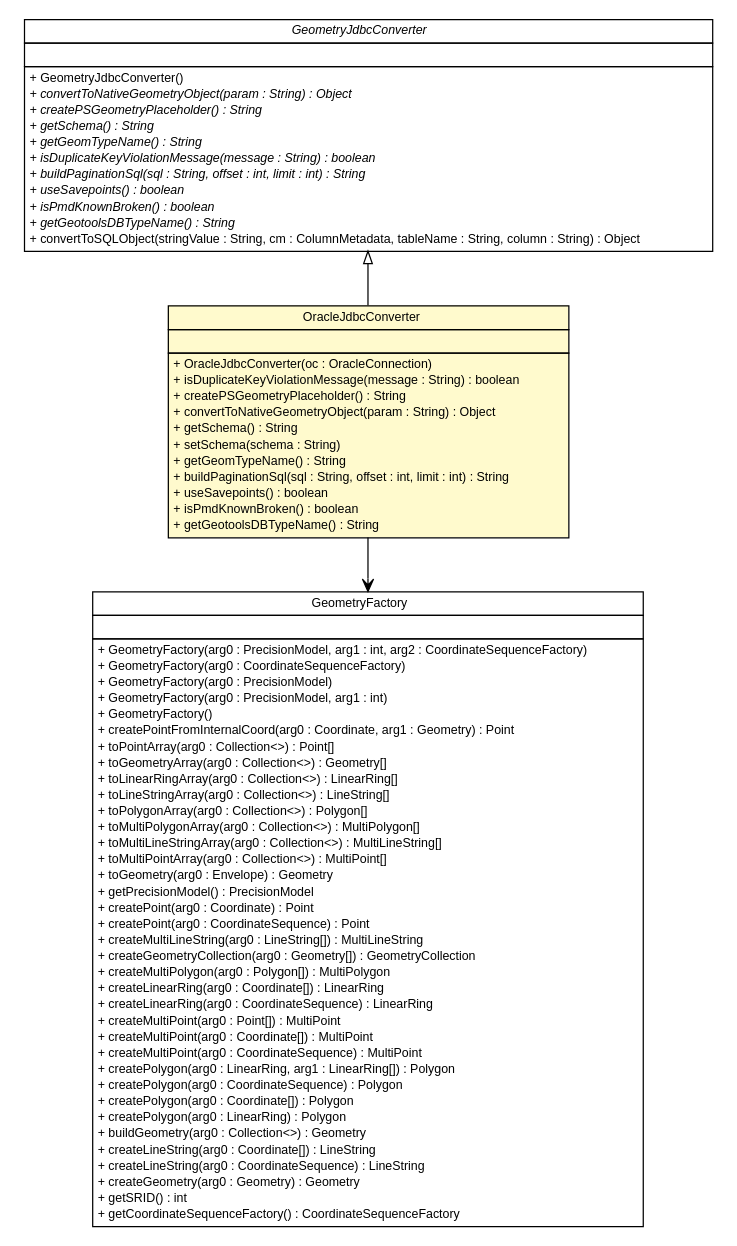
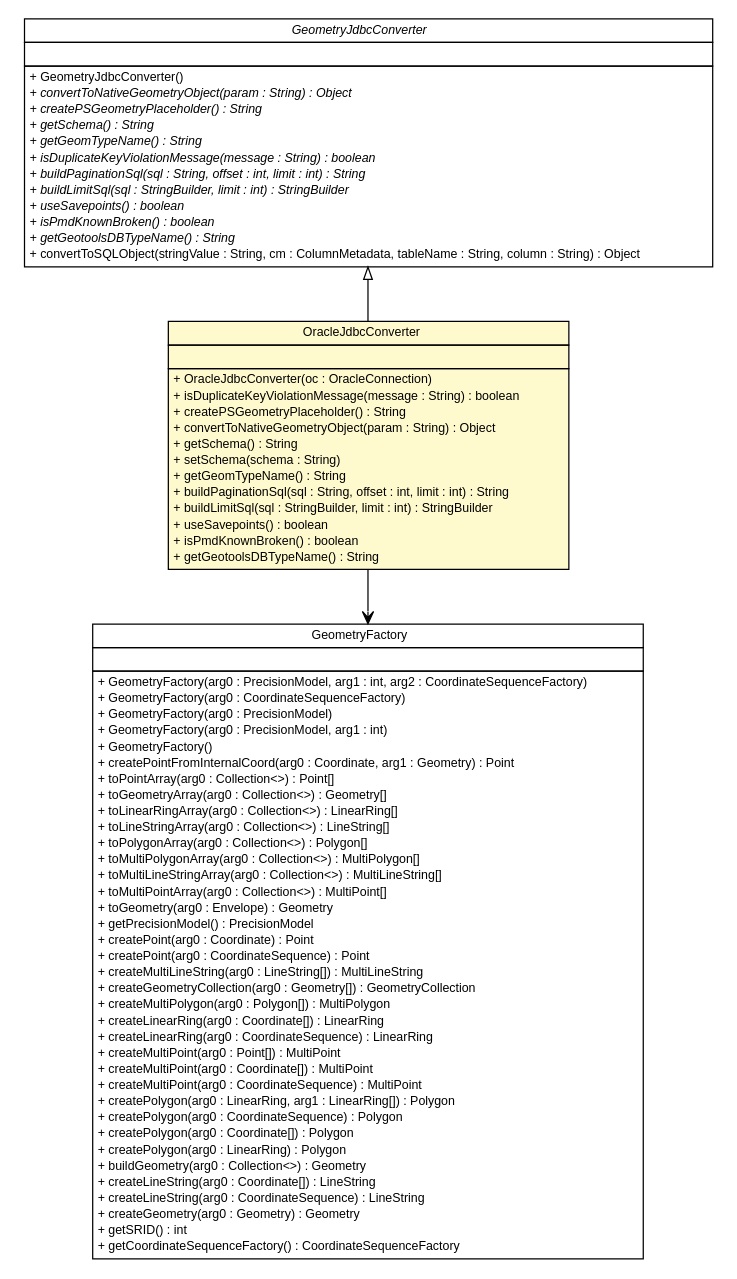
Before and after one commit to B3Partners/brmo: the diagram in brmo-loader/apidocs/nl/b3p/brmo/loader/jdbc/OracleJdbcConverter.dot, drawn with Graphviz. The commit also changed 374 other files, not shown here.

```diff
--- a/brmo-loader/apidocs/nl/b3p/brmo/loader/jdbc/OracleJdbcConverter.dot
+++ b/brmo-loader/apidocs/nl/b3p/brmo/loader/jdbc/OracleJdbcConverter.dot
@@ -1,107 +1,109 @@
 #!/usr/local/bin/dot
 #
 # Class diagram 
 # Generated by UMLGraph version R5_6-24-gf6e263 (http://www.umlgraph.org/)
 #
 
 digraph G {
 	edge [fontname="Helvetica",fontsize=10,labelfontname="Helvetica",labelfontsize=10];
 	node [fontname="Helvetica",fontsize=10,shape=plaintext];
 	nodesep=0.25;
 	ranksep=0.5;
 	// nl.b3p.brmo.loader.jdbc.OracleJdbcConverter
 	c2248 [label=<<table title="nl.b3p.brmo.loader.jdbc.OracleJdbcConverter" border="0" cellborder="1" cellspacing="0" cellpadding="2" port="p" bgcolor="lemonChiffon" href="./OracleJdbcConverter.html">
 		<tr><td><table border="0" cellspacing="0" cellpadding="1">
 <tr><td align="center" balign="center"> OracleJdbcConverter </td></tr>
 		</table></td></tr>
 		<tr><td><table border="0" cellspacing="0" cellpadding="1">
 <tr><td align="left" balign="left">  </td></tr>
 		</table></td></tr>
 		<tr><td><table border="0" cellspacing="0" cellpadding="1">
 <tr><td align="left" balign="left"> + OracleJdbcConverter(oc : OracleConnection) </td></tr>
 <tr><td align="left" balign="left"> + isDuplicateKeyViolationMessage(message : String) : boolean </td></tr>
 <tr><td align="left" balign="left"> + createPSGeometryPlaceholder() : String </td></tr>
 <tr><td align="left" balign="left"> + convertToNativeGeometryObject(param : String) : Object </td></tr>
 <tr><td align="left" balign="left"> + getSchema() : String </td></tr>
 <tr><td align="left" balign="left"> + setSchema(schema : String) </td></tr>
 <tr><td align="left" balign="left"> + getGeomTypeName() : String </td></tr>
 <tr><td align="left" balign="left"> + buildPaginationSql(sql : String, offset : int, limit : int) : String </td></tr>
+<tr><td align="left" balign="left"> + buildLimitSql(sql : StringBuilder, limit : int) : StringBuilder </td></tr>
 <tr><td align="left" balign="left"> + useSavepoints() : boolean </td></tr>
 <tr><td align="left" balign="left"> + isPmdKnownBroken() : boolean </td></tr>
 <tr><td align="left" balign="left"> + getGeotoolsDBTypeName() : String </td></tr>
 		</table></td></tr>
 		</table>>, URL="./OracleJdbcConverter.html", fontname="Helvetica", fontcolor="black", fontsize=10.0];
 	// nl.b3p.brmo.loader.jdbc.GeometryJdbcConverter
 	c2249 [label=<<table title="nl.b3p.brmo.loader.jdbc.GeometryJdbcConverter" border="0" cellborder="1" cellspacing="0" cellpadding="2" port="p" href="./GeometryJdbcConverter.html">
 		<tr><td><table border="0" cellspacing="0" cellpadding="1">
 <tr><td align="center" balign="center"><font face="Helvetica-Oblique"> GeometryJdbcConverter </font></td></tr>
 		</table></td></tr>
 		<tr><td><table border="0" cellspacing="0" cellpadding="1">
 <tr><td align="left" balign="left">  </td></tr>
 		</table></td></tr>
 		<tr><td><table border="0" cellspacing="0" cellpadding="1">
 <tr><td align="left" balign="left"> + GeometryJdbcConverter() </td></tr>
 <tr><td align="left" balign="left"><font face="Helvetica-Oblique" point-size="10.0"> + convertToNativeGeometryObject(param : String) : Object </font></td></tr>
 <tr><td align="left" balign="left"><font face="Helvetica-Oblique" point-size="10.0"> + createPSGeometryPlaceholder() : String </font></td></tr>
 <tr><td align="left" balign="left"><font face="Helvetica-Oblique" point-size="10.0"> + getSchema() : String </font></td></tr>
 <tr><td align="left" balign="left"><font face="Helvetica-Oblique" point-size="10.0"> + getGeomTypeName() : String </font></td></tr>
 <tr><td align="left" balign="left"><font face="Helvetica-Oblique" point-size="10.0"> + isDuplicateKeyViolationMessage(message : String) : boolean </font></td></tr>
 <tr><td align="left" balign="left"><font face="Helvetica-Oblique" point-size="10.0"> + buildPaginationSql(sql : String, offset : int, limit : int) : String </font></td></tr>
+<tr><td align="left" balign="left"><font face="Helvetica-Oblique" point-size="10.0"> + buildLimitSql(sql : StringBuilder, limit : int) : StringBuilder </font></td></tr>
 <tr><td align="left" balign="left"><font face="Helvetica-Oblique" point-size="10.0"> + useSavepoints() : boolean </font></td></tr>
 <tr><td align="left" balign="left"><font face="Helvetica-Oblique" point-size="10.0"> + isPmdKnownBroken() : boolean </font></td></tr>
 <tr><td align="left" balign="left"><font face="Helvetica-Oblique" point-size="10.0"> + getGeotoolsDBTypeName() : String </font></td></tr>
 <tr><td align="left" balign="left"> + convertToSQLObject(stringValue : String, cm : ColumnMetadata, tableName : String, column : String) : Object </td></tr>
 		</table></td></tr>
 		</table>>, URL="./GeometryJdbcConverter.html", fontname="Helvetica", fontcolor="black", fontsize=10.0];
 	//nl.b3p.brmo.loader.jdbc.OracleJdbcConverter extends nl.b3p.brmo.loader.jdbc.GeometryJdbcConverter
 	c2249:p -> c2248:p [dir=back,arrowtail=empty];
 	// nl.b3p.brmo.loader.jdbc.OracleJdbcConverter NAVASSOC com.vividsolutions.jts.geom.GeometryFactory
 	c2248:p -> c2258:p [taillabel="", label="", headlabel="", fontname="Helvetica", fontcolor="black", fontsize=10.0, color="black", arrowhead=open];
 	// com.vividsolutions.jts.geom.GeometryFactory
 	c2258 [label=<<table title="com.vividsolutions.jts.geom.GeometryFactory" border="0" cellborder="1" cellspacing="0" cellpadding="2" port="p">
 		<tr><td><table border="0" cellspacing="0" cellpadding="1">
 <tr><td align="center" balign="center"> GeometryFactory </td></tr>
 		</table></td></tr>
 		<tr><td><table border="0" cellspacing="0" cellpadding="1">
 <tr><td align="left" balign="left">  </td></tr>
 		</table></td></tr>
 		<tr><td><table border="0" cellspacing="0" cellpadding="1">
 <tr><td align="left" balign="left"> + GeometryFactory(arg0 : PrecisionModel, arg1 : int, arg2 : CoordinateSequenceFactory) </td></tr>
 <tr><td align="left" balign="left"> + GeometryFactory(arg0 : CoordinateSequenceFactory) </td></tr>
 <tr><td align="left" balign="left"> + GeometryFactory(arg0 : PrecisionModel) </td></tr>
 <tr><td align="left" balign="left"> + GeometryFactory(arg0 : PrecisionModel, arg1 : int) </td></tr>
 <tr><td align="left" balign="left"> + GeometryFactory() </td></tr>
 <tr><td align="left" balign="left"> + createPointFromInternalCoord(arg0 : Coordinate, arg1 : Geometry) : Point </td></tr>
 <tr><td align="left" balign="left"> + toPointArray(arg0 : Collection&lt;&gt;) : Point[] </td></tr>
 <tr><td align="left" balign="left"> + toGeometryArray(arg0 : Collection&lt;&gt;) : Geometry[] </td></tr>
 <tr><td align="left" balign="left"> + toLinearRingArray(arg0 : Collection&lt;&gt;) : LinearRing[] </td></tr>
 <tr><td align="left" balign="left"> + toLineStringArray(arg0 : Collection&lt;&gt;) : LineString[] </td></tr>
 <tr><td align="left" balign="left"> + toPolygonArray(arg0 : Collection&lt;&gt;) : Polygon[] </td></tr>
 <tr><td align="left" balign="left"> + toMultiPolygonArray(arg0 : Collection&lt;&gt;) : MultiPolygon[] </td></tr>
 <tr><td align="left" balign="left"> + toMultiLineStringArray(arg0 : Collection&lt;&gt;) : MultiLineString[] </td></tr>
 <tr><td align="left" balign="left"> + toMultiPointArray(arg0 : Collection&lt;&gt;) : MultiPoint[] </td></tr>
 <tr><td align="left" balign="left"> + toGeometry(arg0 : Envelope) : Geometry </td></tr>
 <tr><td align="left" balign="left"> + getPrecisionModel() : PrecisionModel </td></tr>
 <tr><td align="left" balign="left"> + createPoint(arg0 : Coordinate) : Point </td></tr>
 <tr><td align="left" balign="left"> + createPoint(arg0 : CoordinateSequence) : Point </td></tr>
 <tr><td align="left" balign="left"> + createMultiLineString(arg0 : LineString[]) : MultiLineString </td></tr>
 <tr><td align="left" balign="left"> + createGeometryCollection(arg0 : Geometry[]) : GeometryCollection </td></tr>
 <tr><td align="left" balign="left"> + createMultiPolygon(arg0 : Polygon[]) : MultiPolygon </td></tr>
 <tr><td align="left" balign="left"> + createLinearRing(arg0 : Coordinate[]) : LinearRing </td></tr>
 <tr><td align="left" balign="left"> + createLinearRing(arg0 : CoordinateSequence) : LinearRing </td></tr>
 <tr><td align="left" balign="left"> + createMultiPoint(arg0 : Point[]) : MultiPoint </td></tr>
 <tr><td align="left" balign="left"> + createMultiPoint(arg0 : Coordinate[]) : MultiPoint </td></tr>
 <tr><td align="left" balign="left"> + createMultiPoint(arg0 : CoordinateSequence) : MultiPoint </td></tr>
 <tr><td align="left" balign="left"> + createPolygon(arg0 : LinearRing, arg1 : LinearRing[]) : Polygon </td></tr>
 <tr><td align="left" balign="left"> + createPolygon(arg0 : CoordinateSequence) : Polygon </td></tr>
 <tr><td align="left" balign="left"> + createPolygon(arg0 : Coordinate[]) : Polygon </td></tr>
 <tr><td align="left" balign="left"> + createPolygon(arg0 : LinearRing) : Polygon </td></tr>
 <tr><td align="left" balign="left"> + buildGeometry(arg0 : Collection&lt;&gt;) : Geometry </td></tr>
 <tr><td align="left" balign="left"> + createLineString(arg0 : Coordinate[]) : LineString </td></tr>
 <tr><td align="left" balign="left"> + createLineString(arg0 : CoordinateSequence) : LineString </td></tr>
 <tr><td align="left" balign="left"> + createGeometry(arg0 : Geometry) : Geometry </td></tr>
 <tr><td align="left" balign="left"> + getSRID() : int </td></tr>
 <tr><td align="left" balign="left"> + getCoordinateSequenceFactory() : CoordinateSequenceFactory </td></tr>
 		</table></td></tr>
 		</table>>, URL="null", fontname="Helvetica", fontcolor="black", fontsize=10.0];
 }
```
